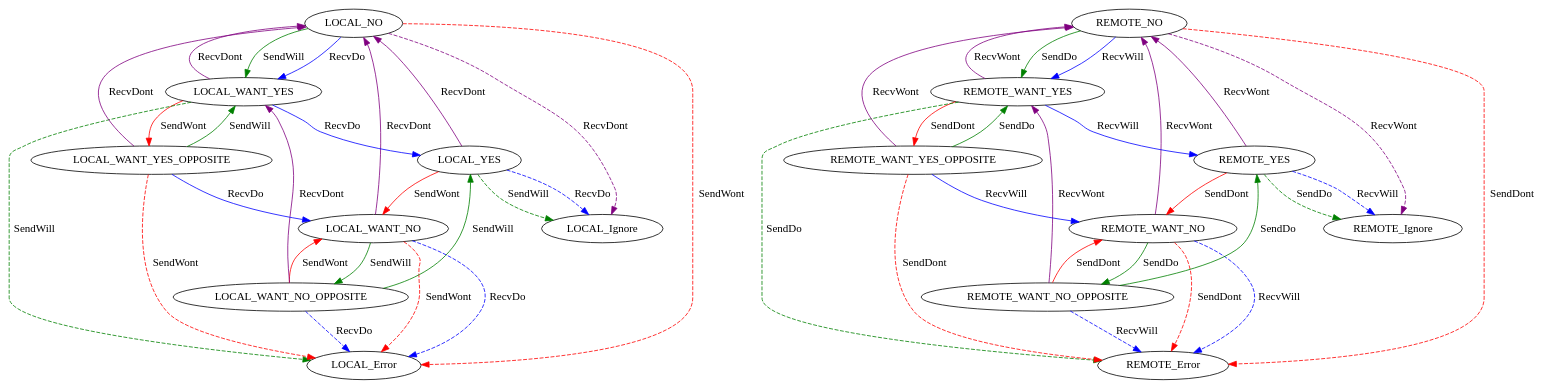
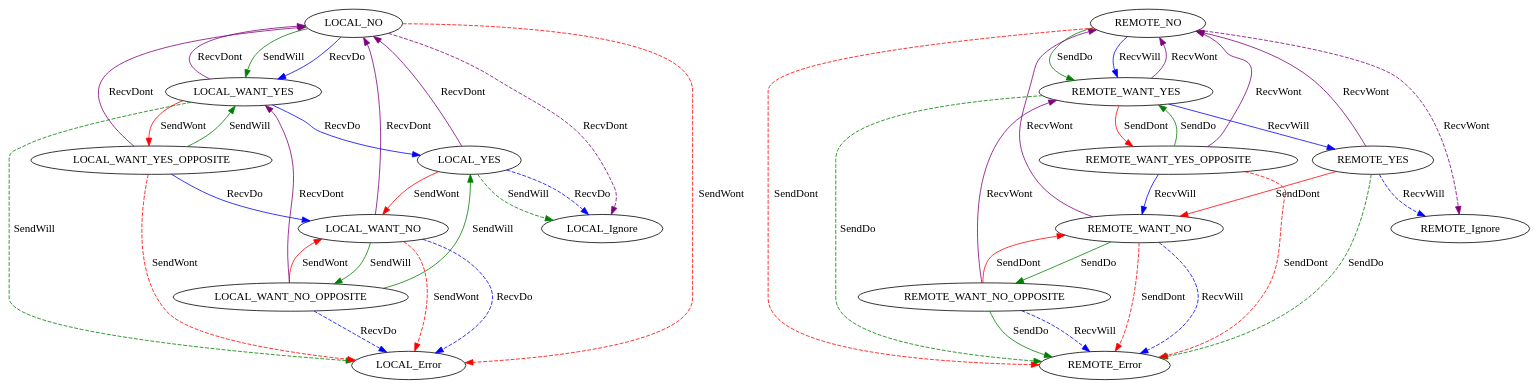
One commit to huhlig/tokio-telnet changed the diagram in doc/state.dot. Above: the diagram before and after it, drawn with Graphviz. The commit also changed 12 other files, not shown here.

```diff
--- a/doc/state.dot
+++ b/doc/state.dot
@@ -1,79 +1,79 @@
 digraph QState {
     LOCAL_NO [];
     LOCAL_WANT_NO [];
     LOCAL_WANT_NO_OPPOSITE [];
     LOCAL_YES [];
     LOCAL_WANT_YES [];
     LOCAL_WANT_YES_OPPOSITE [];
     LOCAL_Ignore [];
     LOCAL_Error [];
     REMOTE_NO [];
     REMOTE_WANT_NO [];
     REMOTE_WANT_NO_OPPOSITE [];
     REMOTE_YES [];
     REMOTE_WANT_YES [];
     REMOTE_WANT_YES_OPPOSITE [];
     REMOTE_Ignore [];
     REMOTE_Error [];
 
     LOCAL_NO -> LOCAL_WANT_YES [label = "SendWill", color = "green"];
     LOCAL_NO -> LOCAL_Error [label = "SendWont", color = "red",style = "dashed"];
     LOCAL_NO -> LOCAL_WANT_YES [label = "RecvDo", color = "blue"];
     LOCAL_NO -> LOCAL_Ignore [label = "RecvDont", color = "purple", style = "dashed"];
 
     LOCAL_WANT_NO -> LOCAL_WANT_NO_OPPOSITE [label = "SendWill", color = "green"];
     LOCAL_WANT_NO -> LOCAL_Error [label = "SendWont", color = "red", style = "dashed"];
     LOCAL_WANT_NO -> LOCAL_Error [label = "RecvDo", color = "blue", style = "dashed"];
     LOCAL_WANT_NO -> LOCAL_NO [label = "RecvDont", color = "purple"];
 
     LOCAL_WANT_NO_OPPOSITE -> LOCAL_YES [label = "SendWill", color = "green"];
     LOCAL_WANT_NO_OPPOSITE -> LOCAL_WANT_NO [label = "SendWont", color = "red"];
     LOCAL_WANT_NO_OPPOSITE -> LOCAL_Error [label = "RecvDo", color = "blue", style = "dashed"];
     LOCAL_WANT_NO_OPPOSITE -> LOCAL_WANT_YES [label = "RecvDont", color = "purple"];
 
     LOCAL_YES -> LOCAL_Ignore [label = "SendWill", color = "green", style = "dashed"];
     LOCAL_YES -> LOCAL_WANT_NO [label = "SendWont", color = "red"];
     LOCAL_YES -> LOCAL_Ignore [label = "RecvDo", color = "blue", style = "dashed"];
     LOCAL_YES -> LOCAL_NO [label = "RecvDont", color = "purple"];
 
     LOCAL_WANT_YES -> LOCAL_Error [label = "SendWill", color = "green", style = "dashed"];
     LOCAL_WANT_YES -> LOCAL_WANT_YES_OPPOSITE [label = "SendWont", color = "red"];
     LOCAL_WANT_YES -> LOCAL_YES [label = "RecvDo", color = "blue"];
     LOCAL_WANT_YES -> LOCAL_NO [label = "RecvDont", color = "purple"];
 
     LOCAL_WANT_YES_OPPOSITE -> LOCAL_WANT_YES [label = "SendWill", color = "green"];
     LOCAL_WANT_YES_OPPOSITE -> LOCAL_Error [label = "SendWont", color = "red", style = "dashed"];
     LOCAL_WANT_YES_OPPOSITE -> LOCAL_WANT_NO [label = "RecvDo", color = "blue"];
     LOCAL_WANT_YES_OPPOSITE -> LOCAL_NO [label = "RecvDont", color = "purple"];
 
     //
     REMOTE_NO -> REMOTE_WANT_YES [label = "SendDo", color = "green"];
     REMOTE_NO -> REMOTE_Error [label = "SendDont", color = "red",style = "dashed"];
     REMOTE_NO -> REMOTE_WANT_YES [label = "RecvWill", color = "blue"];
     REMOTE_NO -> REMOTE_Ignore [label = "RecvWont", color = "purple", style = "dashed"];
 
     REMOTE_WANT_NO -> REMOTE_WANT_NO_OPPOSITE [label = "SendDo", color = "green"];
     REMOTE_WANT_NO -> REMOTE_Error [label = "SendDont", color = "red", style = "dashed"];
     REMOTE_WANT_NO -> REMOTE_Error [label = "RecvWill", color = "blue", style = "dashed"];
     REMOTE_WANT_NO -> REMOTE_NO [label = "RecvWont", color = "purple"];
 
-    REMOTE_WANT_NO_OPPOSITE -> REMOTE_YES [label = "SendDo", color = "green"];
+    REMOTE_WANT_NO_OPPOSITE -> REMOTE_Error [label = "SendDo", color = "green"];
     REMOTE_WANT_NO_OPPOSITE -> REMOTE_WANT_NO [label = "SendDont", color = "red"];
     REMOTE_WANT_NO_OPPOSITE -> REMOTE_Error [label = "RecvWill", color = "blue", style = "dashed"];
     REMOTE_WANT_NO_OPPOSITE -> REMOTE_WANT_YES [label = "RecvWont", color = "purple"];
 
-    REMOTE_YES -> REMOTE_Ignore [label = "SendDo", color = "green", style = "dashed"];
+    REMOTE_YES -> REMOTE_Error [label = "SendDo", color = "green", style = "dashed"];
     REMOTE_YES -> REMOTE_WANT_NO [label = "SendDont", color = "red"];
     REMOTE_YES -> REMOTE_Ignore [label = "RecvWill", color = "blue", style = "dashed"];
     REMOTE_YES -> REMOTE_NO [label = "RecvWont", color = "purple"];
 
     REMOTE_WANT_YES -> REMOTE_Error [label = "SendDo", color = "green", style = "dashed"];
     REMOTE_WANT_YES -> REMOTE_WANT_YES_OPPOSITE [label = "SendDont", color = "red"];
     REMOTE_WANT_YES -> REMOTE_YES [label = "RecvWill", color = "blue"];
     REMOTE_WANT_YES -> REMOTE_NO [label = "RecvWont", color = "purple"];
 
     REMOTE_WANT_YES_OPPOSITE -> REMOTE_WANT_YES [label = "SendDo", color = "green"];
     REMOTE_WANT_YES_OPPOSITE -> REMOTE_Error [label = "SendDont", color = "red", style = "dashed"];
     REMOTE_WANT_YES_OPPOSITE -> REMOTE_WANT_NO [label = "RecvWill", color = "blue"];
     REMOTE_WANT_YES_OPPOSITE -> REMOTE_NO [label = "RecvWont", color = "purple"];
 }
```
